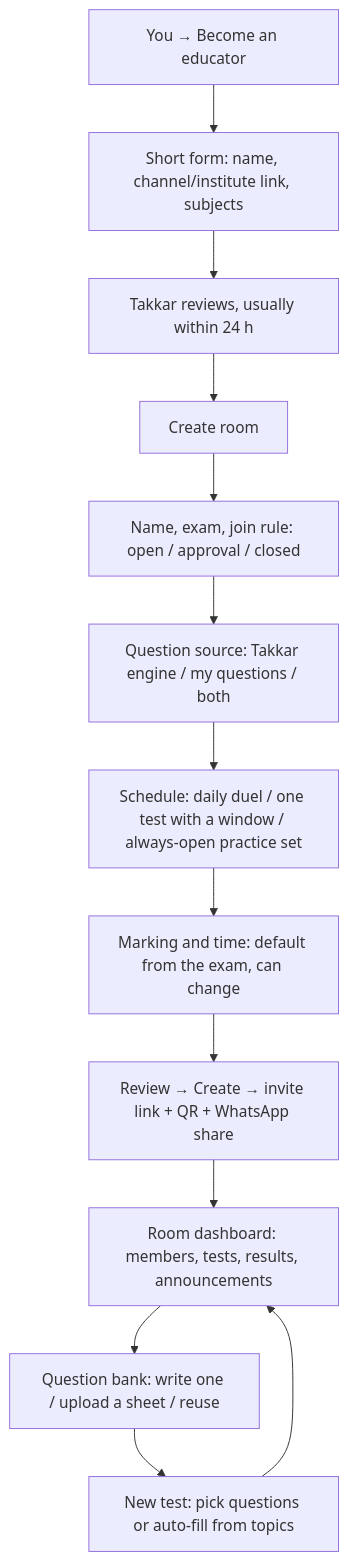
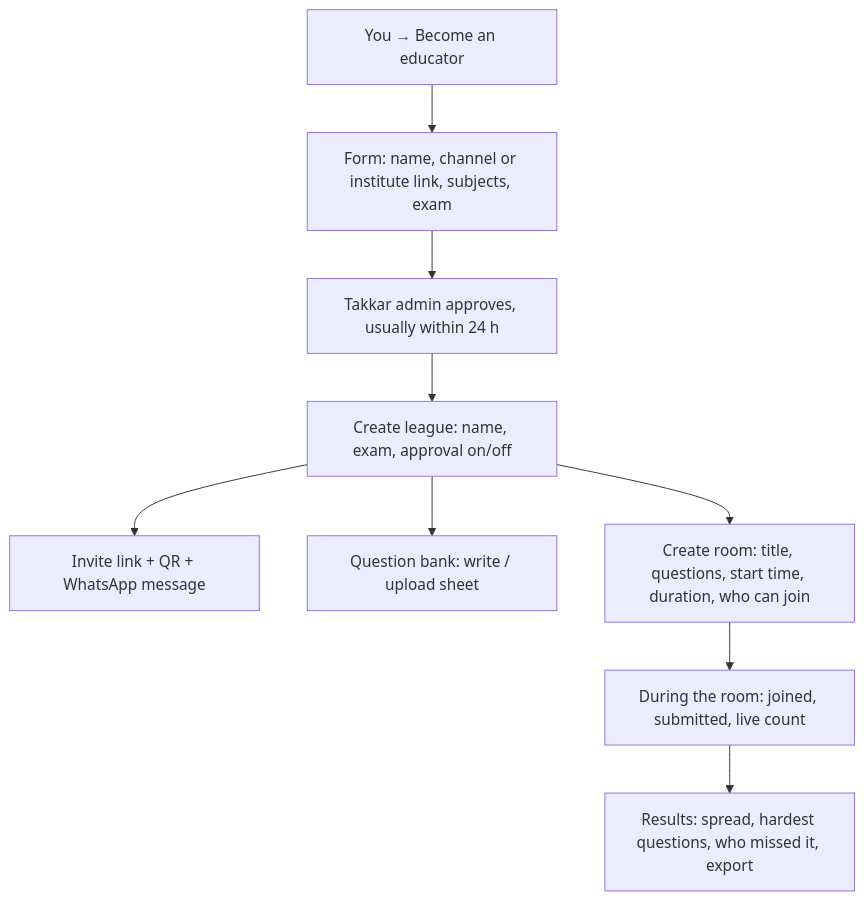
Before and after one commit to dharmendra3840/takkar: the sixth of 6 diagrams in design/02-user-flows.md, drawn with Mermaid. The commit also changed other lines of this file and 9 other files, not shown here.

````diff
--- a/design/02-user-flows.md
+++ b/design/02-user-flows.md
@@ -76,15 +87,11 @@
 ```mermaid
 flowchart TD
-  E[You → Become an educator] --> V[Short form: name, channel/institute link, subjects]
-  V --> AP[Takkar reviews, usually within 24 h]
-  AP --> CR[Create room]
-  CR --> C1[Name, exam, join rule: open / approval / closed]
-  C1 --> C2[Question source: Takkar engine / my questions / both]
-  C2 --> C3[Schedule: daily duel / one test with a window / always-open practice set]
-  C3 --> C4[Marking and time: default from the exam, can change]
-  C4 --> C5[Review → Create → invite link + QR + WhatsApp share]
-  C5 --> DB[Room dashboard: members, tests, results, announcements]
-  DB --> QB[Question bank: write one / upload a sheet / reuse]
-  QB --> NT[New test: pick questions or auto-fill from topics]
-  NT --> DB
+  A[You → Become an educator] --> F[Form: name, channel or institute link, subjects, exam]
+  F --> AD[Takkar admin approves, usually within 24 h]
+  AD --> CL[Create league: name, exam, approval on/off]
+  CL --> INV[Invite link + QR + WhatsApp message]
+  CL --> QB[Question bank: write / upload sheet]
+  CL --> CR[Create room: title, questions, start time, duration, who can join]
+  CR --> LIVE[During the room: joined, submitted, live count]
+  LIVE --> RES[Results: spread, hardest questions, who missed it, export]
 ```
````
